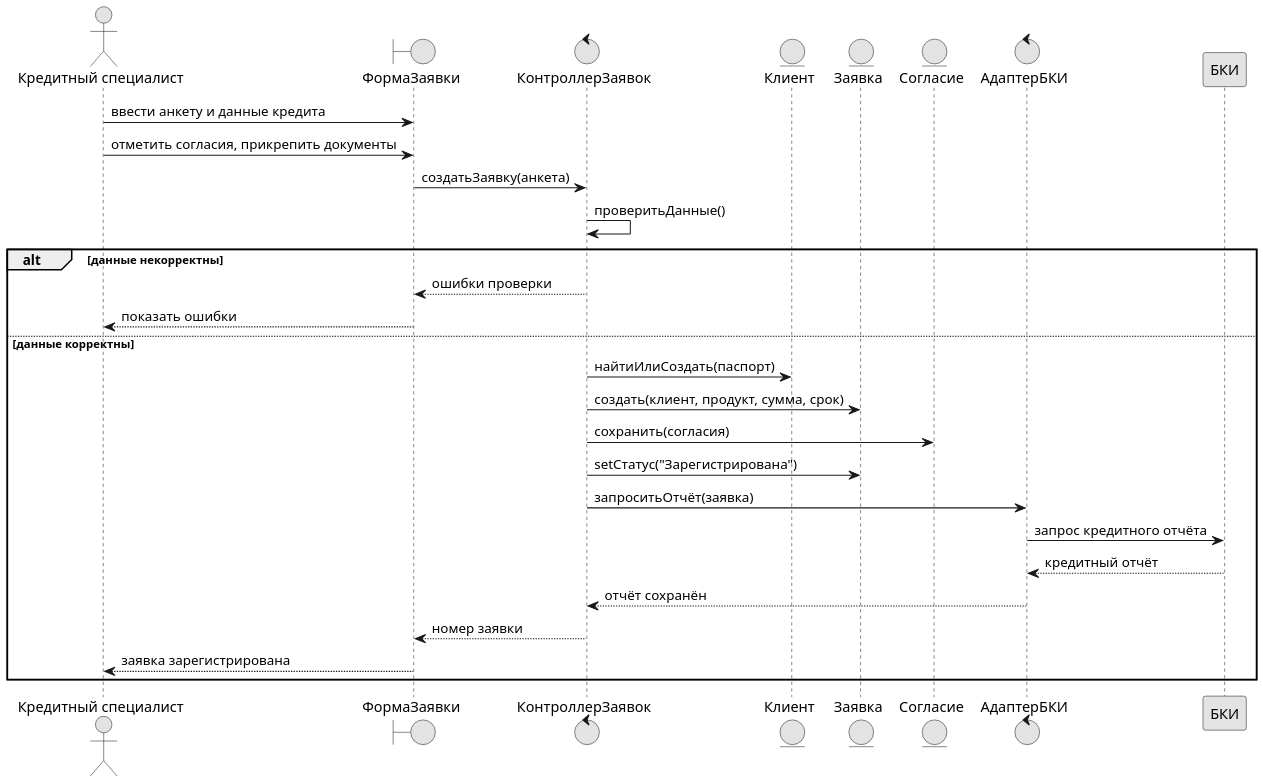
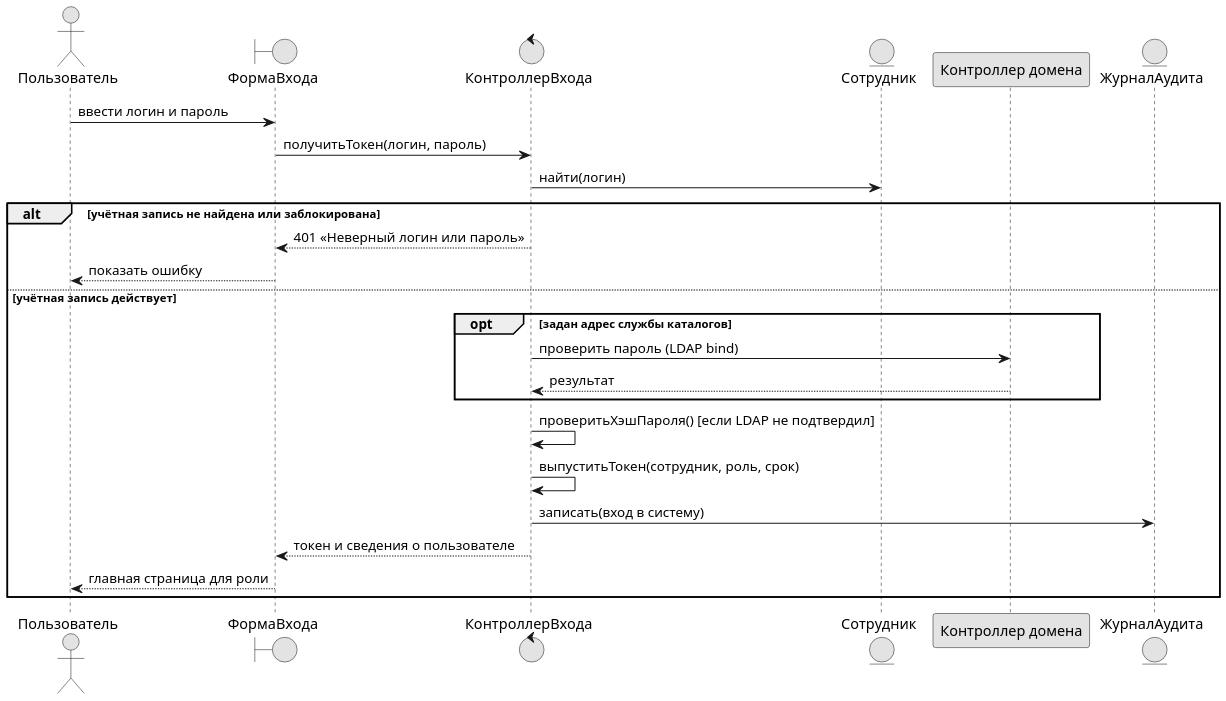
One commit to DarkSwordman999/credit-scoring-dss changed the diagram in diagrams/uml_seq_0.puml. Above: the diagram before and after it, drawn with PlantUML. The commit also changed 177 other files, not shown here.

Commit message:
ПР 7-8 пересобран: диаграммы взаимодействия по всем вариантам использования, классы, состояния, компоненты и развёртывание

```diff
--- a/diagrams/uml_seq_0.puml
+++ b/diagrams/uml_seq_0.puml
@@ -1,34 +1,30 @@
 @startuml
 !pragma layout smetana
 skinparam dpi 150
 skinparam defaultFontName Arial
 skinparam shadowing false
 skinparam monochrome true
-actor "Кредитный специалист" as KS
-boundary "ФормаЗаявки" as UI
-control "КонтроллерЗаявок" as C
-entity "Клиент" as CL
-entity "Заявка" as AP
-entity "Согласие" as CS
-control "АдаптерБКИ" as BA
-participant "БКИ" as BKI
-KS -> UI : ввести анкету и данные кредита
-KS -> UI : отметить согласия, прикрепить документы
-UI -> C : создатьЗаявку(анкета)
-C -> C : проверитьДанные()
-alt данные некорректны
-  C --> UI : ошибки проверки
-  UI --> KS : показать ошибки
-else данные корректны
-  C -> CL : найтиИлиСоздать(паспорт)
-  C -> AP : создать(клиент, продукт, сумма, срок)
-  C -> CS : сохранить(согласия)
-  C -> AP : setСтатус("Зарегистрирована")
-  C -> BA : запроситьОтчёт(заявка)
-  BA -> BKI : запрос кредитного отчёта
-  BKI --> BA : кредитный отчёт
-  BA --> C : отчёт сохранён
-  C --> UI : номер заявки
-  UI --> KS : заявка зарегистрирована
+actor "Пользователь" as U
+boundary "ФормаВхода" as UI
+control "КонтроллерВхода" as C
+entity "Сотрудник" as E
+participant "Контроллер домена" as LD
+entity "ЖурналАудита" as AU
+U -> UI : ввести логин и пароль
+UI -> C : получитьТокен(логин, пароль)
+C -> E : найти(логин)
+alt учётная запись не найдена или заблокирована
+  C --> UI : 401 «Неверный логин или пароль»
+  UI --> U : показать ошибку
+else учётная запись действует
+  opt задан адрес службы каталогов
+    C -> LD : проверить пароль (LDAP bind)
+    LD --> C : результат
+  end
+  C -> C : проверитьХэшПароля() [если LDAP не подтвердил]
+  C -> C : выпуститьТокен(сотрудник, роль, срок)
+  C -> AU : записать(вход в систему)
+  C --> UI : токен и сведения о пользователе
+  UI --> U : главная страница для роли
 end
 @enduml
```
